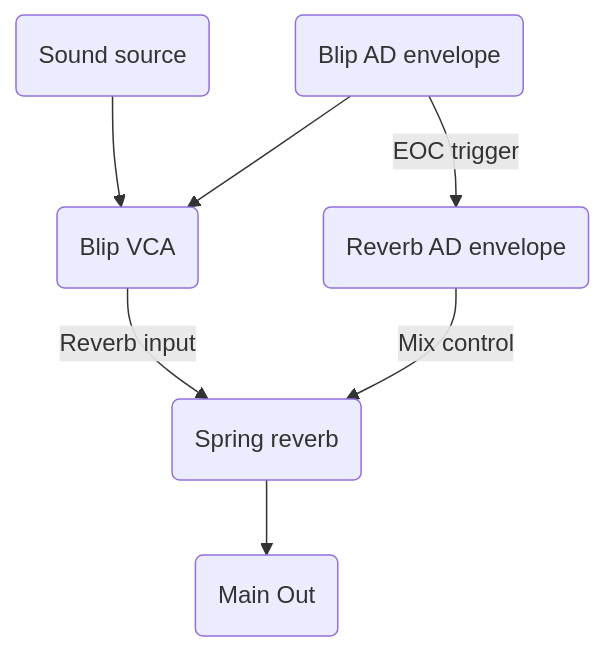
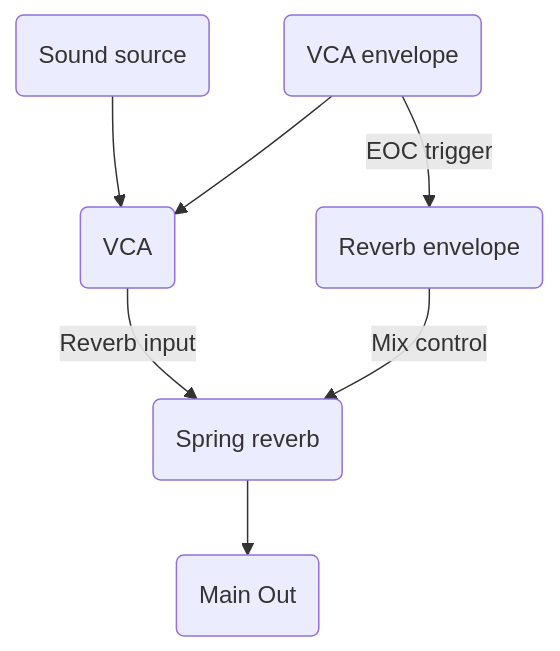
The fourth of 4 diagrams in _posts/2017-1-24-spring-thing.md (aidanreilly/man_synth), drawn with Mermaid before and after one commit. The commit also changed other lines of this file, not shown here.

```diff
--- a/_posts/2017-1-24-spring-thing.md
+++ b/_posts/2017-1-24-spring-thing.md
@@ -65,9 +64,9 @@
 <div class="mermaid">
 graph TD;
-F(Sound source)-->E(Blip VCA)
-A(Blip AD envelope)-->E(Blip VCA)
-E(Blip VCA)-->|Reverb input|D(Spring reverb)
-A(Blip AD envelope) -->|EOC trigger| B(Reverb AD envelope)
-B(Reverb AD envelope)-->|Mix control|D(Spring reverb)
+F(Sound source)-->E(VCA)
+A(VCA envelope)-->E(VCA)
+E(VCA)-->|Reverb input|D(Spring reverb)
+A(VCA envelope) -->|EOC trigger| B(Reverb envelope)
+B(Reverb envelope)-->|Mix control|D(Spring reverb)
 D(Spring reverb) -->G(Main Out)
 </div>
```
